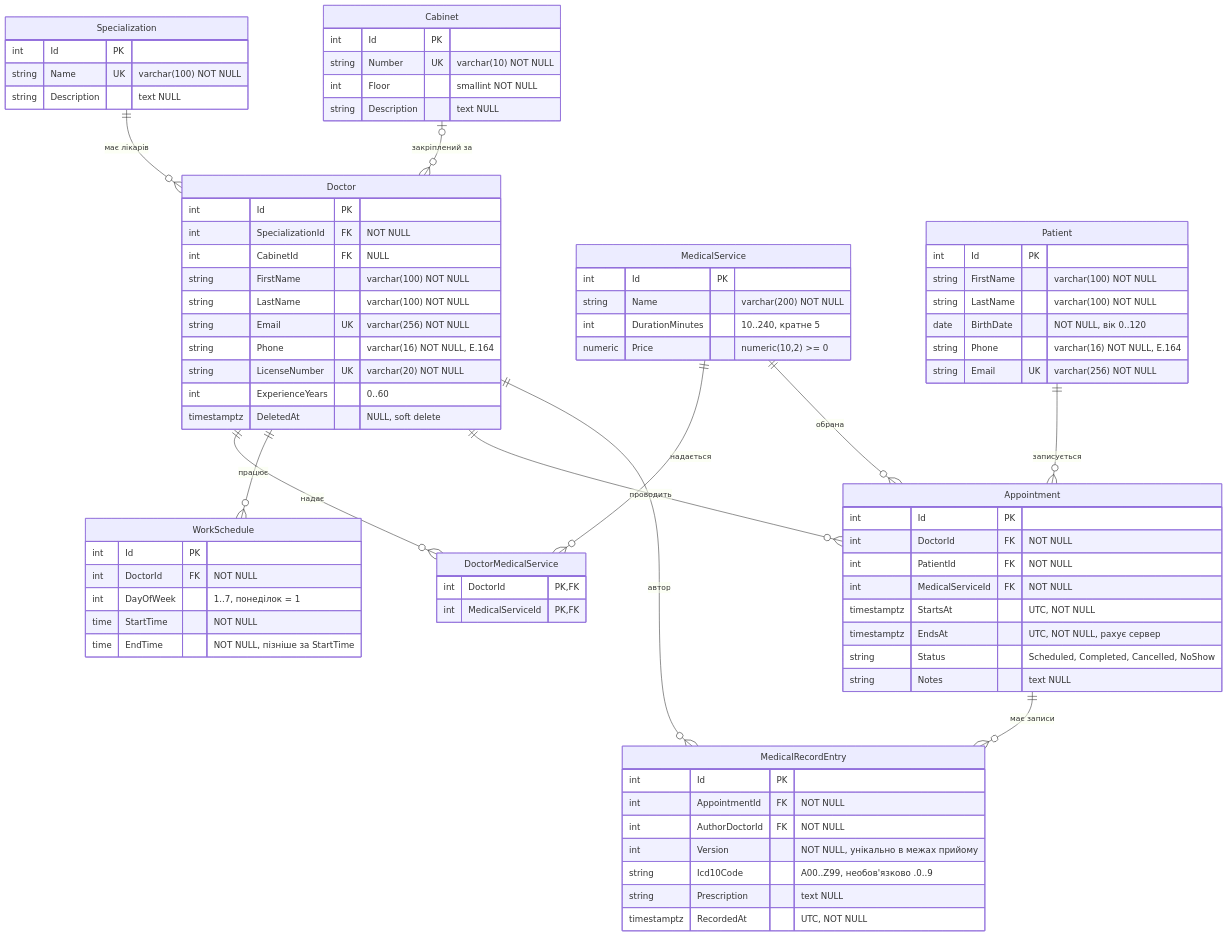
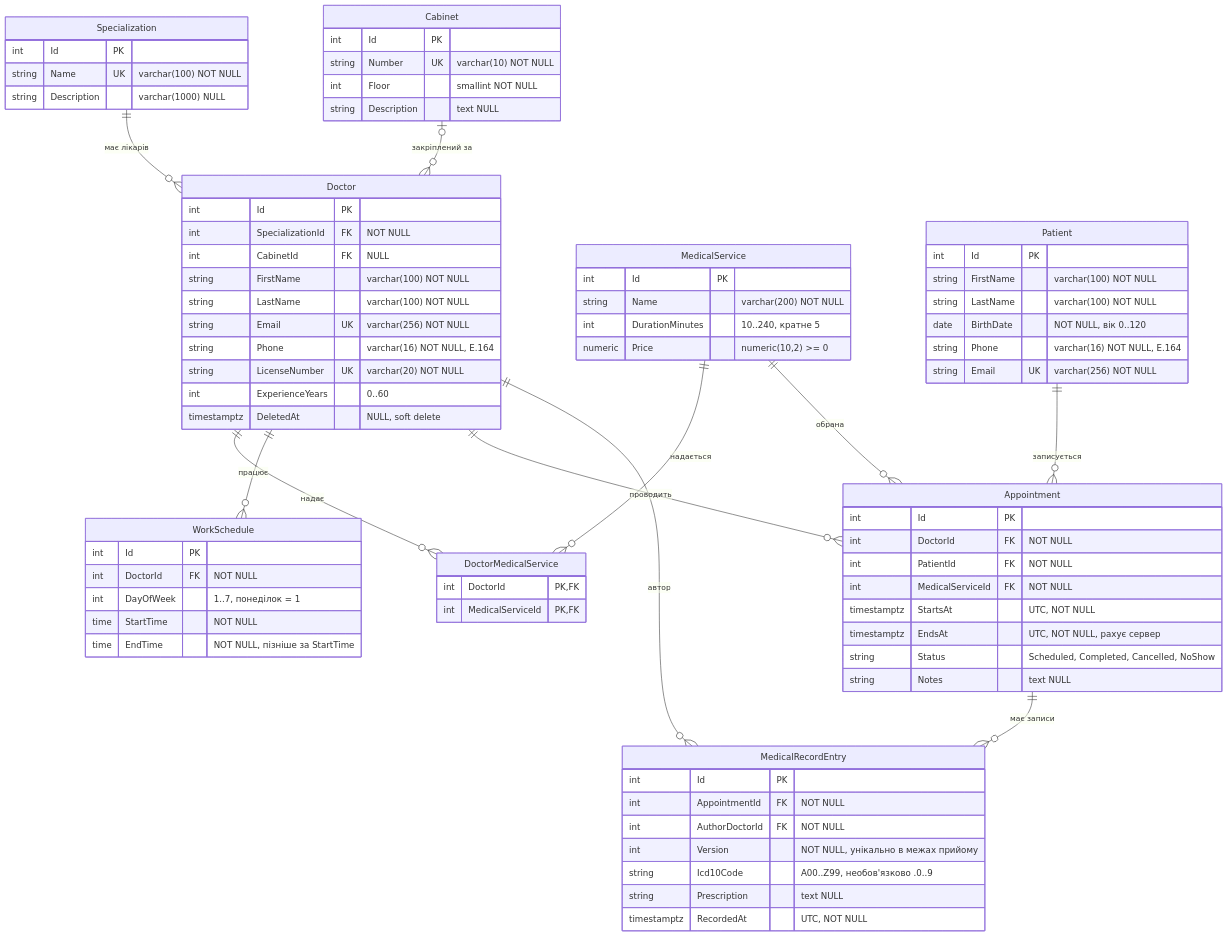
Before and after one commit to PNU-Server-Web-2026/team-04-clinic: the diagram in docs/erd.md, drawn with Mermaid. The commit also changed other lines of this file and 6 other files, not shown here.

```diff
--- a/docs/erd.md
+++ b/docs/erd.md
@@ -22,7 +24,7 @@
     Specialization {
         int Id PK
         string Name UK "varchar(100) NOT NULL"
-        string Description "text NULL"
+        string Description "varchar(1000) NULL"
     }
 
     Doctor {
```
